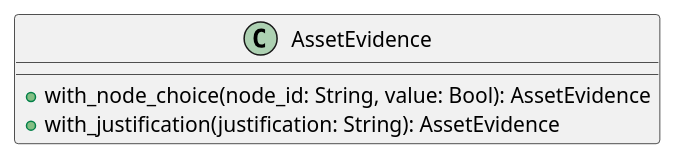
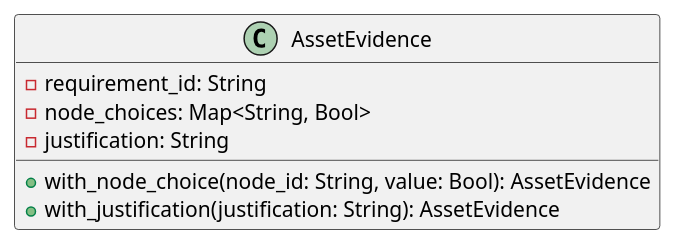
One commit to GroupRubberDuck/Documentazione changed the diagram in src/PB/DocumentazioneEsterna/Specifica_Tecnica/content/uml/puml/Diagrammi_classi/Backend/Domain/AssetEvidence.puml. Above: the diagram before and after it, drawn with PlantUML. The commit also changed 24 other files, not shown here.

```diff
--- a/src/PB/DocumentazioneEsterna/Specifica_Tecnica/content/uml/puml/Diagrammi_classi/Backend/Domain/AssetEvidence.puml
+++ b/src/PB/DocumentazioneEsterna/Specifica_Tecnica/content/uml/puml/Diagrammi_classi/Backend/Domain/AssetEvidence.puml
@@ -1,8 +1,12 @@
 @startuml AssetEvidence
 
 class AssetEvidence {
+    - requirement_id: String
+    - node_choices: Map<String, Bool>
+    - justification: String
+
     + with_node_choice(node_id: String, value: Bool): AssetEvidence
     + with_justification(justification: String): AssetEvidence
 }
 
 @enduml
```
